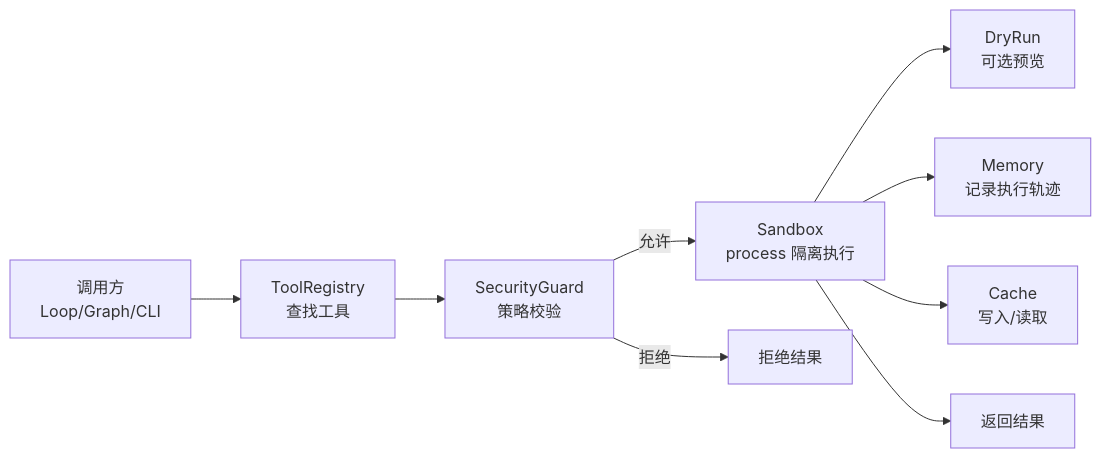
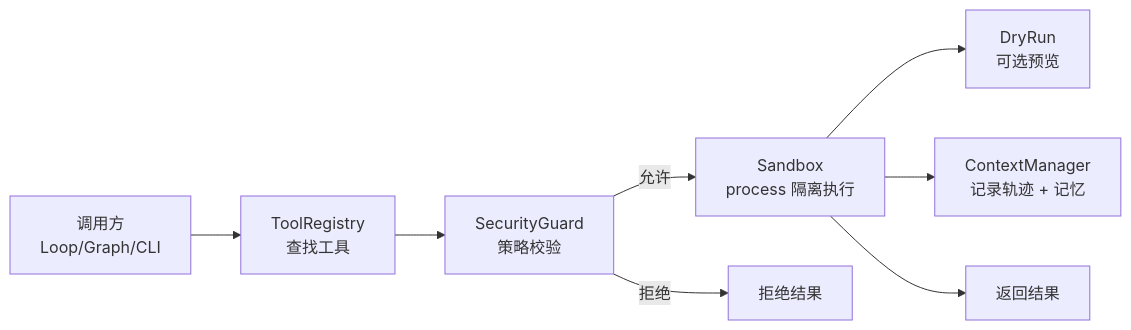
Before and after one commit to searchforsun/sunshinex: the first of 2 diagrams in docs/superpowers/specs/2026-09-03-phase1-harness-design.md, drawn with Mermaid. The commit also changed other lines of this file, not shown here.

````diff
--- a/docs/superpowers/specs/2026-09-03-phase1-harness-design.md
+++ b/docs/superpowers/specs/2026-09-03-phase1-harness-design.md
@@ -116,11 +119,10 @@
 ```mermaid
 flowchart LR
   U["调用方<br/>Loop/Graph/CLI"] --> R["ToolRegistry<br/>查找工具"]
   R --> P["SecurityGuard<br/>策略校验"]
   P -->|允许| S["Sandbox<br/>process 隔离执行"]
   P -->|拒绝| E["拒绝结果"]
   S --> D["DryRun<br/>可选预览"]
-  S --> M["Memory<br/>记录执行轨迹"]
-  S --> C["Cache<br/>写入/读取"]
+  S --> M["ContextManager<br/>记录轨迹 + 记忆"]
   S --> OUT["返回结果"]
 ```
````
